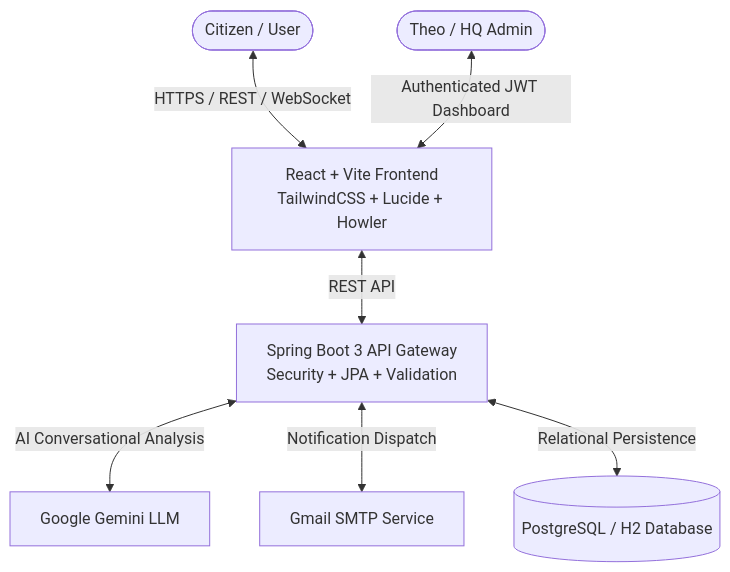
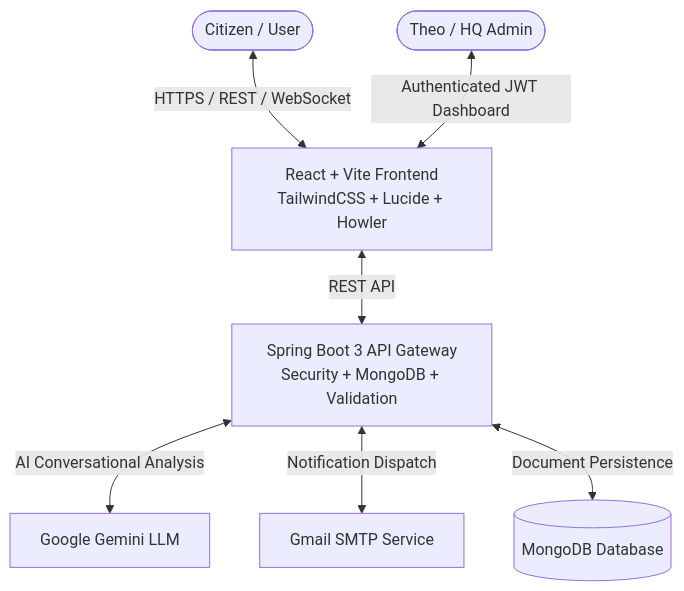
The diagram in README.md (Niyasmc47/Kernel), drawn with Mermaid before and after one commit. The commit also changed other lines of this file, not shown here.

````diff
--- a/README.md
+++ b/README.md
@@ -95,11 +95,11 @@
 ```mermaid
 graph TD
     User([Citizen / User]) <-->|HTTPS / REST / WebSocket| Frontend[React + Vite Frontend\nTailwindCSS + Lucide + Howler]
     Admin([Theo / HQ Admin]) <-->|Authenticated JWT Dashboard| Frontend
     
-    Frontend <-->|REST API| Backend[Spring Boot 3 API Gateway\nSecurity + JPA + Validation]
+    Frontend <-->|REST API| Backend[Spring Boot 3 API Gateway\nSecurity + MongoDB + Validation]
     
     Backend <-->|AI Conversational Analysis| Gemini[Google Gemini LLM]
     Backend <-->|Notification Dispatch| SMTP[Gmail SMTP Service]
-    Backend <-->|Relational Persistence| Database[(PostgreSQL / H2 Database)]
+    Backend <-->|Document Persistence| Database[(MongoDB Database)]
 ```
````
